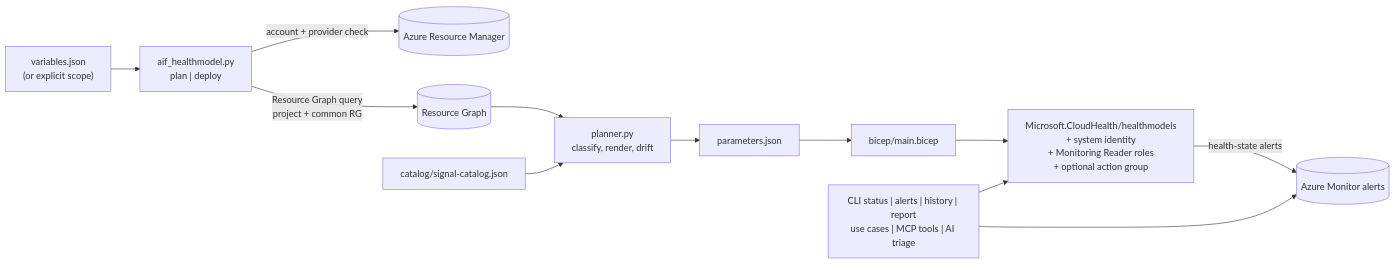
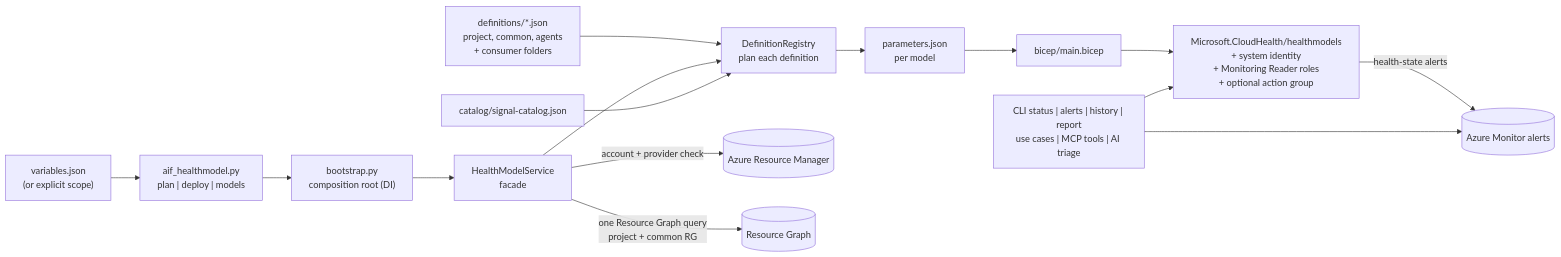
Before and after one commit to jostrm/azure-enterprise-scale-ml: the first of 6 diagrams in healthmodel/readme.md, drawn with Mermaid. The commit also changed other lines of this file and 337 other files, not shown here.

Commit message:
Add persona access, health model, MCP deploy, dual-graph and Factory agent updates

````diff
--- a/healthmodel/readme.md
+++ b/healthmodel/readme.md
@@ -88,14 +112,17 @@
 ```mermaid
 flowchart LR
-    cfg["variables.json<br/>(or explicit scope)"] --> cli["aif_healthmodel.py<br/>plan | deploy"]
-    cli -->|account + provider check| arm[(Azure Resource Manager)]
-    cli -->|Resource Graph query<br/>project + common RG| arg[(Resource Graph)]
-    arg --> planner["planner.py<br/>classify, render, drift"]
-    catalog["catalog/signal-catalog.json"] --> planner
-    planner --> params["parameters.json"]
+    cfg["variables.json<br/>(or explicit scope)"] --> cli["aif_healthmodel.py<br/>plan | deploy | models"]
+    defs["definitions/*.json<br/>project, common, agents<br/>+ consumer folders"] --> registry
+    cli --> root["bootstrap.py<br/>composition root (DI)"]
+    root --> service["HealthModelService<br/>facade"]
+    service -->|account + provider check| arm[(Azure Resource Manager)]
+    service -->|one Resource Graph query<br/>project + common RG| arg[(Resource Graph)]
+    service --> registry["DefinitionRegistry<br/>plan each definition"]
+    catalog["catalog/signal-catalog.json"] --> registry
+    registry --> params["parameters.json<br/>per model"]
     params --> bicep["bicep/main.bicep"]
     bicep --> hm["Microsoft.CloudHealth/healthmodels<br/>+ system identity<br/>+ Monitoring Reader roles<br/>+ optional action group"]
     hm -->|health-state alerts| alerts[(Azure Monitor alerts)]
     ops["CLI status | alerts | history | report<br/>use cases | MCP tools | AI triage"] --> hm
     ops --> alerts
 ```
````
